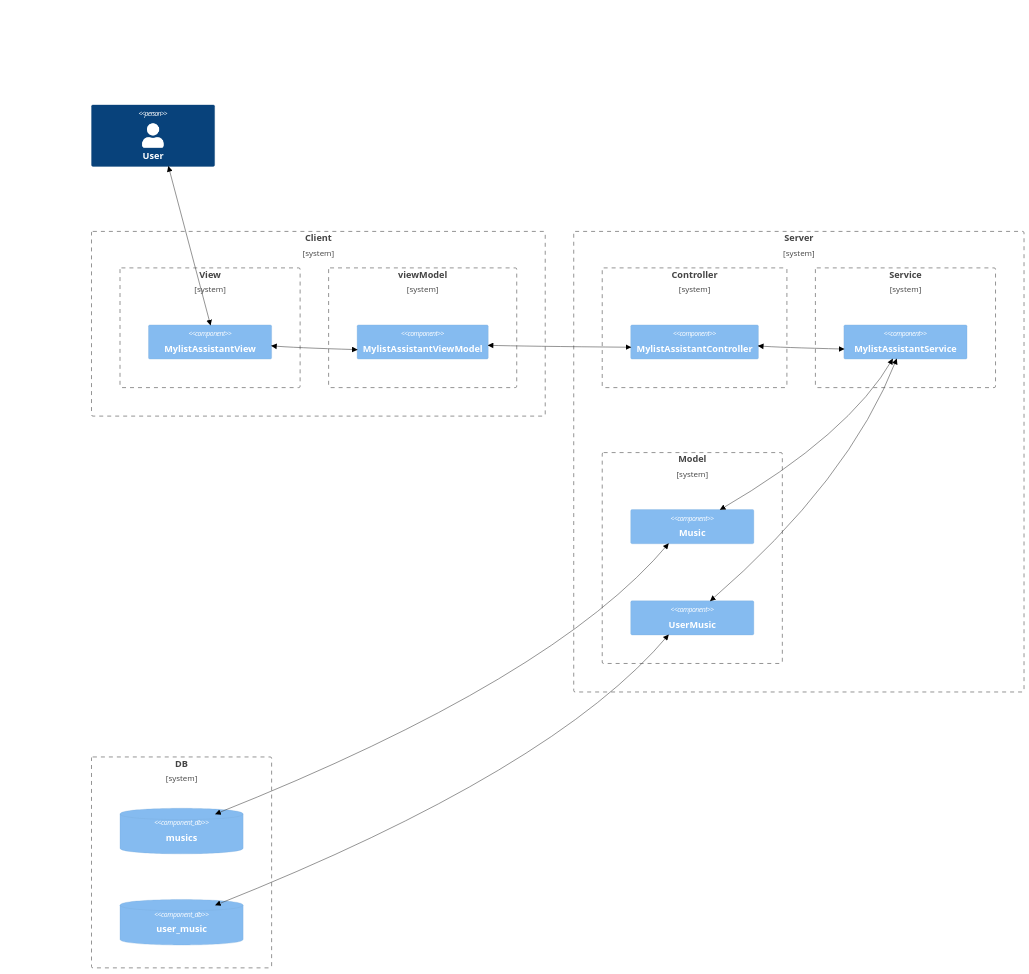
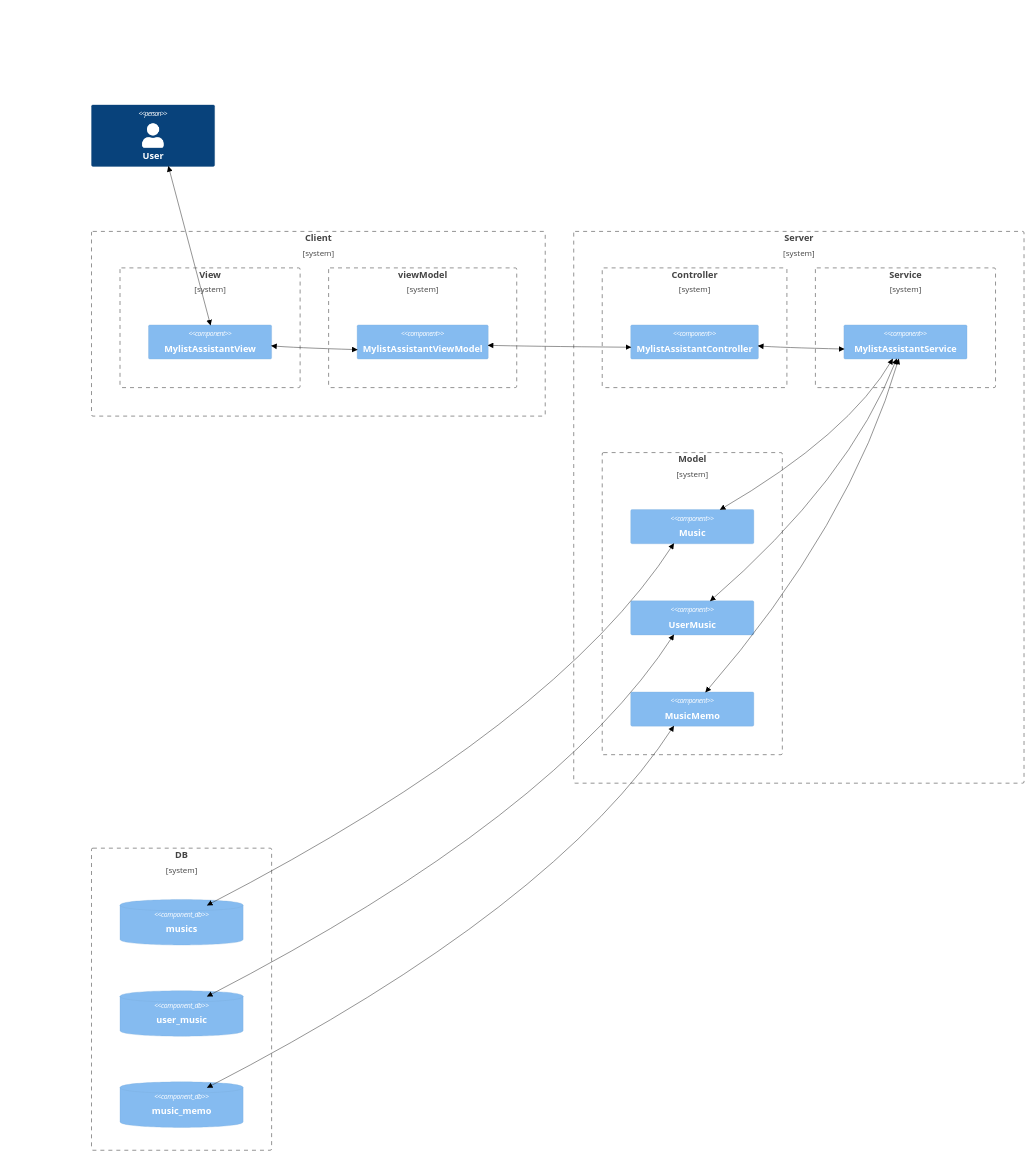
Before and after one commit to PONzu-0529/ponzu0529-niconico: the fourth of 5 diagrams in Doc/MylistAssistant.md, drawn with Mermaid (neutral theme). The commit also changed other lines of this file and 3 other files, not shown here.

Commit message:
Update MylistAssistant of Server

````diff
--- a/Doc/MylistAssistant.md
+++ b/Doc/MylistAssistant.md
@@ -84,40 +86,44 @@
 ```mermaid
 C4Context
     Person(user, "User")
 
     Boundary(client, "Client") {
         Boundary(view, "View") {
             Component(mylist-assistant, "MylistAssistantView")
         }
         Boundary(viewModel, "viewModel") {
             Component(mylist-assistant-view-model, "MylistAssistantViewModel")
         }
     }
 
     Boundary(server, "Server") {
         Boundary(controller, "Controller") {
             Component(mylist-assistant-controller, "MylistAssistantController")
         }
         Boundary(service, "Service") {
             Component(mylist-assistant-service, "MylistAssistantService")
         }
         Boundary(model, "Model") {
             Component(music, "Music")
             Component(user-music, "UserMusic")
+            Component(model-music_memo, "MusicMemo")
         }
     }
 
     Boundary(db, "DB") {
         ComponentDb(musics, "musics")
         ComponentDb(user_music, "user_music")
+        ComponentDb(db-music_memo, "music_memo")
     }
 
     BiRel(user, mylist-assistant, "")
     BiRel(mylist-assistant, mylist-assistant-view-model, "")
     BiRel(mylist-assistant-view-model, mylist-assistant-controller, "")
     BiRel(mylist-assistant-controller, mylist-assistant-service, "")
     BiRel(mylist-assistant-service, music, "")
     BiRel(mylist-assistant-service, user-music, "")
+    BiRel(mylist-assistant-service, model-music_memo, "")
     BiRel(music, musics, "")
     BiRel(user-music, user_music, "")
+    BiRel(model-music_memo, db-music_memo, "")
 ```
````
